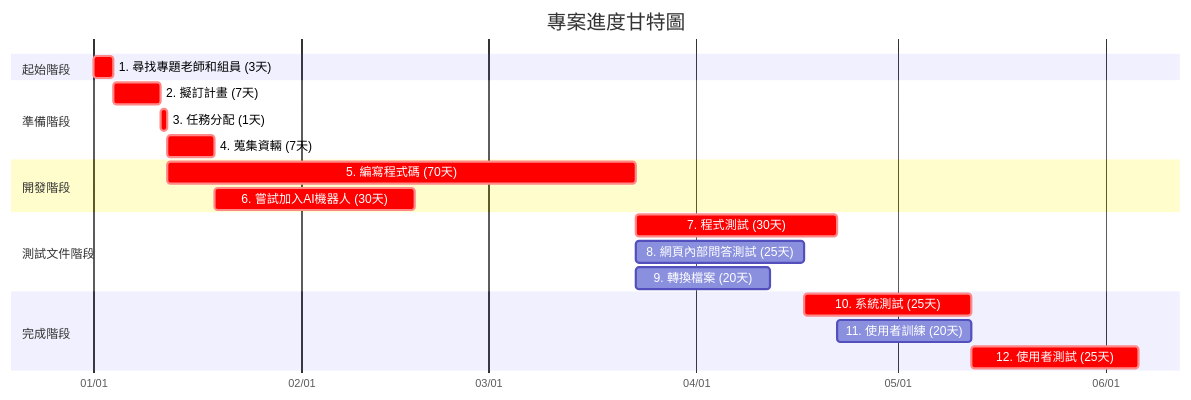
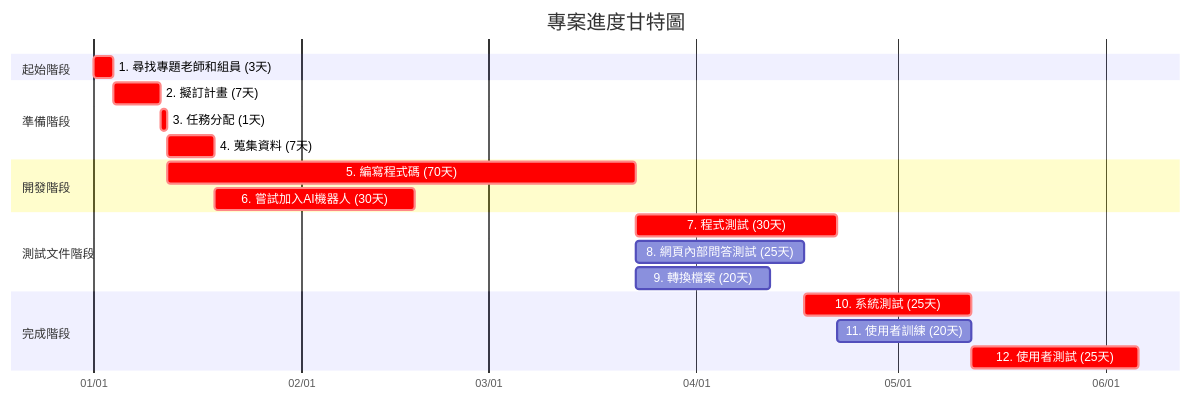
Before and after one commit to c112118202-droid/-: the second of 3 diagrams in hw2.md, drawn with Mermaid. The commit also changed other lines of this file, not shown here.

````diff
--- a/hw2.md
+++ b/hw2.md
@@ -28,28 +28,28 @@
 ```mermaid
 gantt
     title 專案進度甘特圖
     dateFormat YYYY-MM-DD
     axisFormat %m/%d
     
     section 起始階段
     1. 尋找專題老師和組員 (3天)     :crit, m1, 2025-01-01, 3d
     
     section 準備階段
     2. 擬訂計畫 (7天)     :crit, m2, after m1, 7d
     3. 任務分配 (1天)    :crit, m3, after m2, 1d
-    4. 蒐集資輛 (7天)    :crit, m4, after m3, 7d
+    4. 蒐集資料 (7天)    :crit, m4, after m3, 7d
 
     section 開發階段
     5. 編寫程式碼 (70天)    :crit, m5, after m3, 70d
     6. 嘗試加入AI機器人 (30天)    :crit, m6, after m4, 30d
     
     section 測試文件階段
     7. 程式測試 (30天)    :crit, m7, after m5, 30d
     8. 網頁內部問答測試 (25天) :m8, after m5, 25d
     9. 轉換檔案 (20天)     :m9, after m5, 20d
     
     section 完成階段
     10. 系統測試 (25天)    :crit, m10, after m8, 25d
     11. 使用者訓練 (20天)  :m11, after m7 m8, 20d
     12. 使用者測試 (25天)  :crit, m12, after m9 m10, 25d
 ```
````
